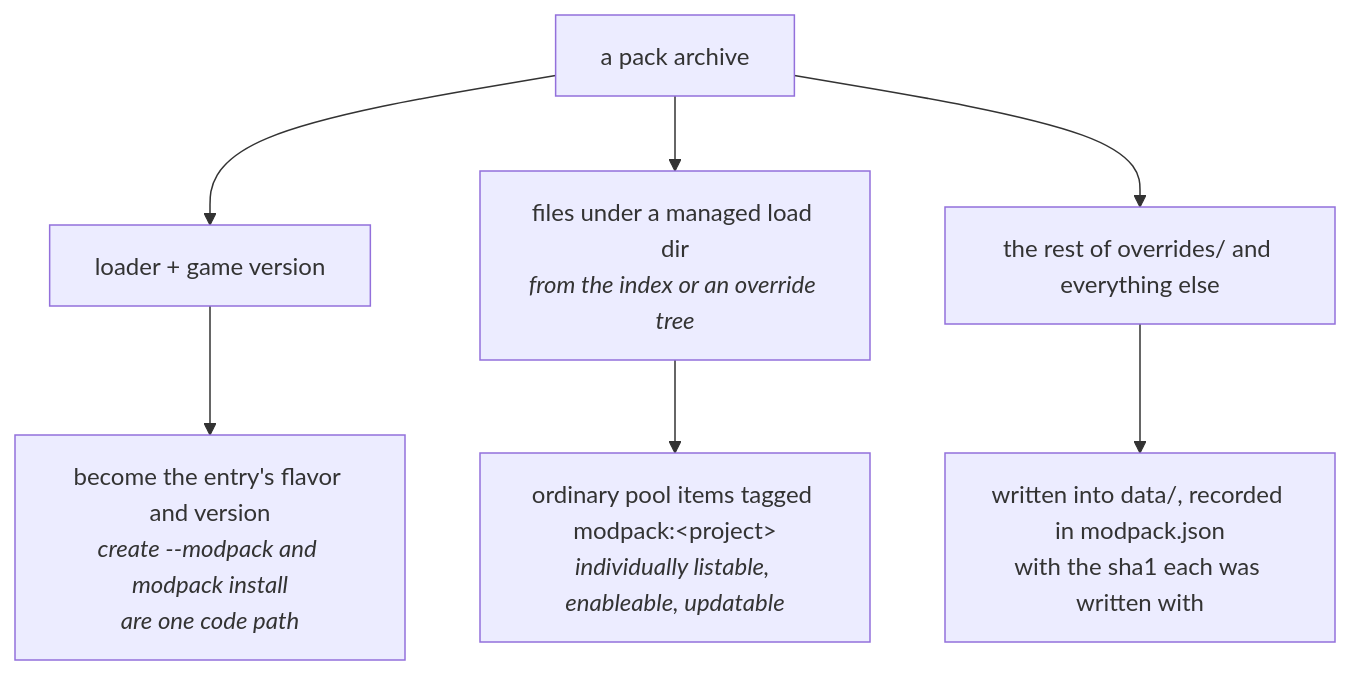
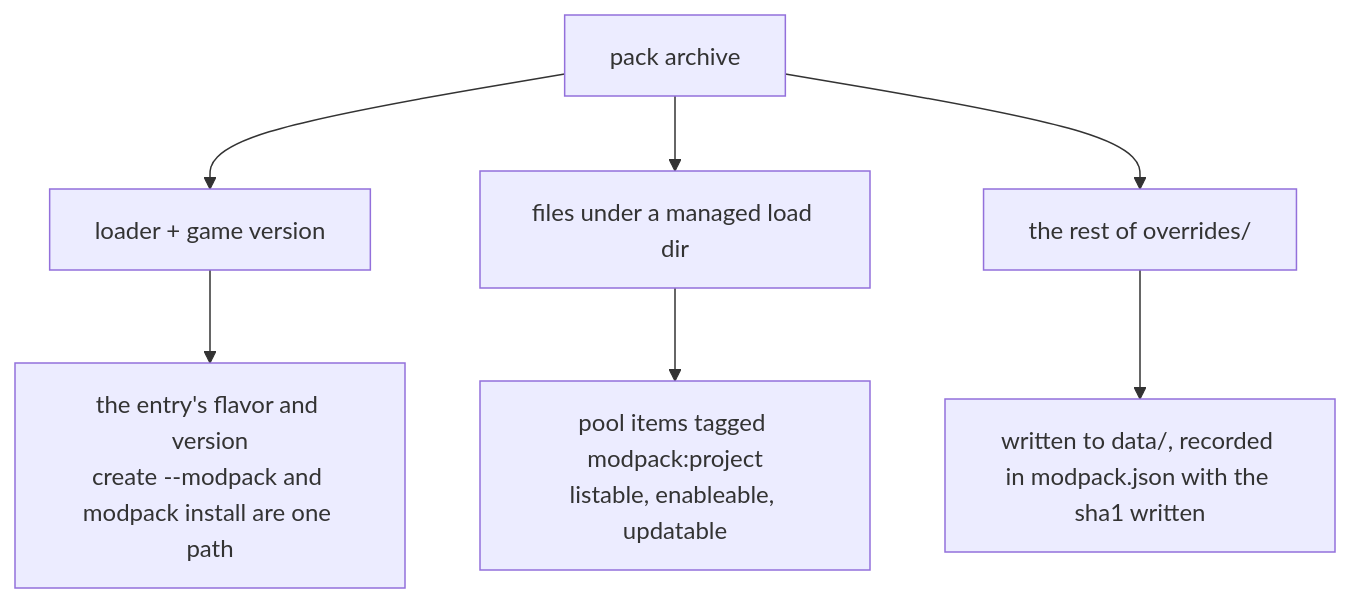
One commit to prytaneum/hestia changed the third of 3 diagrams in docs/architecture/content.md. Above: the diagram before and after it, drawn with Mermaid. The commit also changed other lines of this file and 11 other files, not shown here.

Commit message:
docs(architecture): describe the current system only

````diff
--- a/docs/architecture/content.md
+++ b/docs/architecture/content.md
@@ -368,11 +193,6 @@
 ```mermaid
 flowchart TD
-    PACK["a pack archive"]
-    PACK --> A["loader + game version"]
-    PACK --> B["files under a managed load dir<br/><i>from the index or an override tree</i>"]
-    PACK --> C["the rest of overrides/ and everything else"]
-
-    A --> A1["become the entry's flavor and version<br/><i>create --modpack and modpack install<br/>are one code path</i>"]
-    B --> B1["ordinary pool items tagged modpack:&lt;project&gt;<br/><i>individually listable, enableable, updatable</i>"]
-    C --> C1["written into data/, recorded in modpack.json<br/>with the sha1 each was written with"]
+    PACK["pack archive"] --> A["loader + game version"] --> A1["the entry's flavor and version<br/>create --modpack and modpack install are one path"]
+    PACK --> B["files under a managed load dir"] --> B1["pool items tagged modpack:project<br/>listable, enableable, updatable"]
+    PACK --> C["the rest of overrides/"] --> C1["written to data/, recorded in modpack.json with the sha1 written"]
 ```
````
